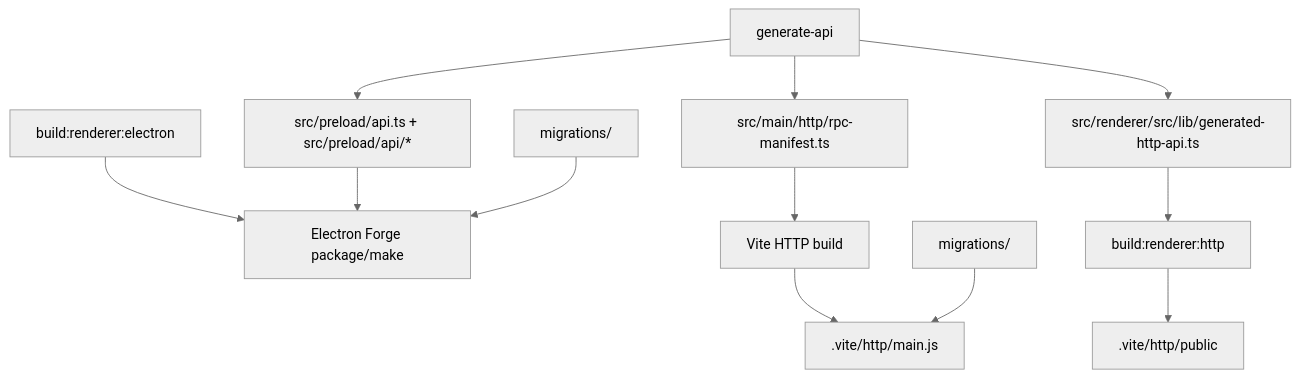
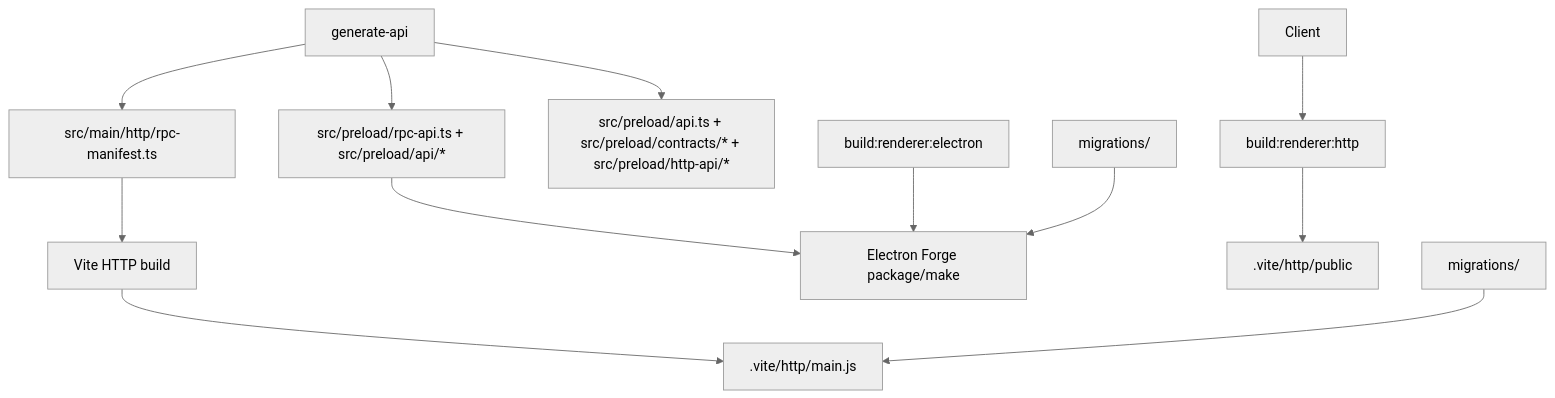
One commit to cosmo-cp/cosmo-studio changed the diagram in docs/specs/dual-runtime/build-packaging.md. Above: the diagram before and after it, drawn with Mermaid (neutral theme). The commit also changed other lines of this file and 306 other files, not shown here.

First line of the commit message:
Prettier fixes and API contracts (#211)

````diff
--- a/docs/specs/dual-runtime/build-packaging.md
+++ b/docs/specs/dual-runtime/build-packaging.md
@@ -24,16 +24,16 @@
 ```mermaid
 flowchart TD
-  Gen["generate-api"] --> Preload["src/preload/api.ts + src/preload/api/*"]
+  Gen["generate-api"] --> Shared["src/preload/api.ts + src/preload/contracts/* + src/preload/http-api/*"]
+  Gen --> Preload["src/preload/rpc-api.ts + src/preload/api/*"]
   Gen --> Manifest["src/main/http/rpc-manifest.ts"]
-  Gen --> Client["src/renderer/src/lib/generated-http-api.ts"]
 
   RendererElectron["build:renderer:electron"] --> Forge["Electron Forge package/make"]
   Preload --> Forge
   MigrationsA["migrations/"] --> Forge
 
   RendererHttp["build:renderer:http"] --> HttpPublic[".vite/http/public"]
   Manifest --> HttpBuild["Vite HTTP build"]
   Client --> RendererHttp
   HttpBuild --> HttpDist[".vite/http/main.js"]
   MigrationsB["migrations/"] --> HttpDist
 ```
````
